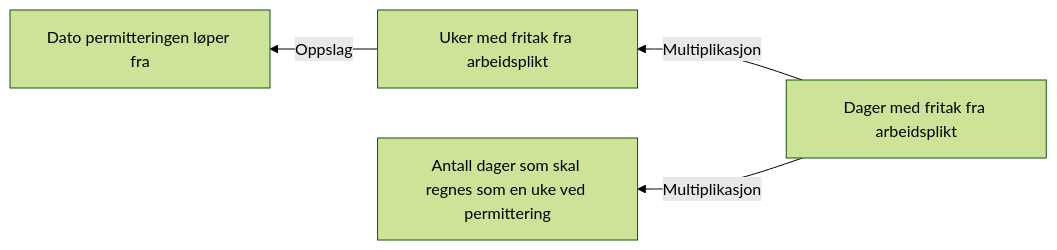
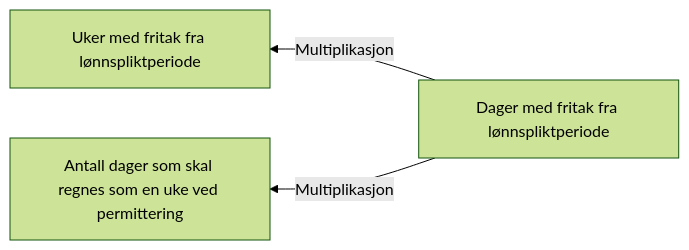
Before and after one commit to navikt/dp-behandling: the diagram in docs/regler/§ 4-7 Permittering (fastsetting).approved.md, drawn with Mermaid (forest theme). The commit also changed 4 other files, not shown here.

Commit message:
Bytt fra redigering av lønnspliktsperiode i uker til dager

````diff
--- a/docs/regler/§ 4-7 Permittering (fastsetting).approved.md
+++ b/docs/regler/§ 4-7 Permittering (fastsetting).approved.md
@@ -5,6 +5,5 @@
 ```mermaid
 graph RL
-  A["Uker med fritak fra arbeidsplikt"] -->|"Oppslag"| B["Dato permitteringen løper fra"]
-  C["Dager med fritak fra arbeidsplikt"] -->|"Multiplikasjon"| A["Uker med fritak fra arbeidsplikt"]
-  C["Dager med fritak fra arbeidsplikt"] -->|"Multiplikasjon"| D["Antall dager som skal regnes som en uke ved permittering"]
+  A["Dager med fritak fra lønnspliktperiode"] -->|"Multiplikasjon"| B["Uker med fritak fra lønnspliktperiode"]
+  A["Dager med fritak fra lønnspliktperiode"] -->|"Multiplikasjon"| C["Antall dager som skal regnes som en uke ved permittering"]
 ```
````
